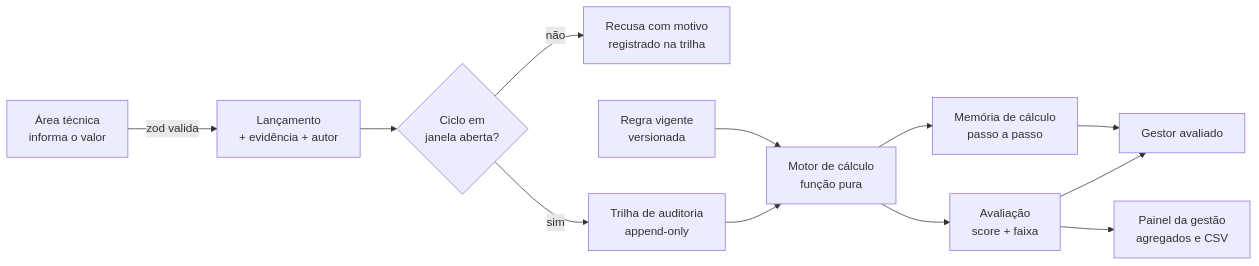
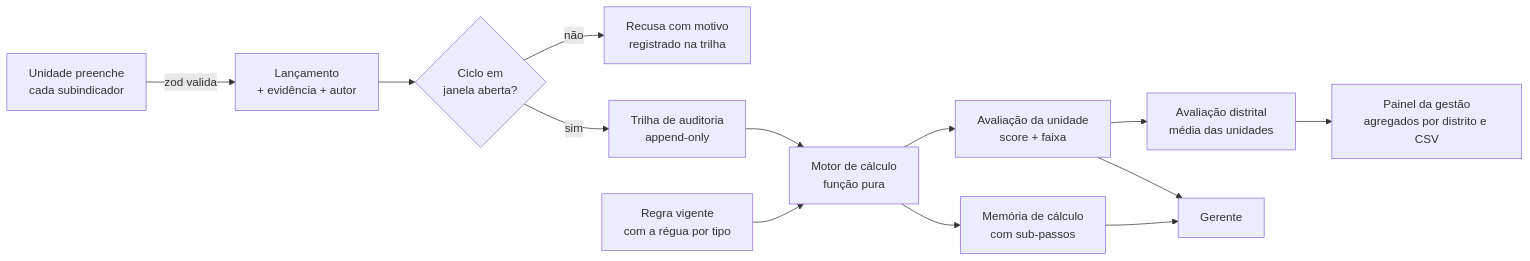
Before and after one commit to highgroundagency/projeto-6: the third of 3 diagrams in docs/arquitetura.md, drawn with Mermaid. The commit also changed other lines of this file and 9 other files, not shown here.

````diff
--- a/docs/arquitetura.md
+++ b/docs/arquitetura.md
@@ -65,14 +67,15 @@
 ```mermaid
 flowchart LR
-  A[Área técnica<br/>informa o valor] -->|zod valida| B[Lançamento<br/>+ evidência + autor]
+  A[Unidade preenche<br/>cada subindicador] -->|zod valida| B[Lançamento<br/>+ evidência + autor]
   B --> C{Ciclo em<br/>janela aberta?}
   C -->|não| D[Recusa com motivo<br/>registrado na trilha]
   C -->|sim| E[Trilha de auditoria<br/>append-only]
   E --> F[Motor de cálculo<br/>função pura]
-  G[Regra vigente<br/>versionada] --> F
-  F --> H[Avaliação<br/>score + faixa]
-  F --> I[Memória de cálculo<br/>passo a passo]
-  H --> J[Gestor avaliado]
+  G[Regra vigente<br/>com a régua por tipo] --> F
+  F --> H[Avaliação da unidade<br/>score + faixa]
+  F --> I[Memória de cálculo<br/>com sub-passos]
+  H --> L[Avaliação distrital<br/>média das unidades]
+  H --> J[Gerente]
   I --> J
-  H --> K[Painel da gestão<br/>agregados e CSV]
+  L --> K[Painel da gestão<br/>agregados por distrito e CSV]
 ```
````
